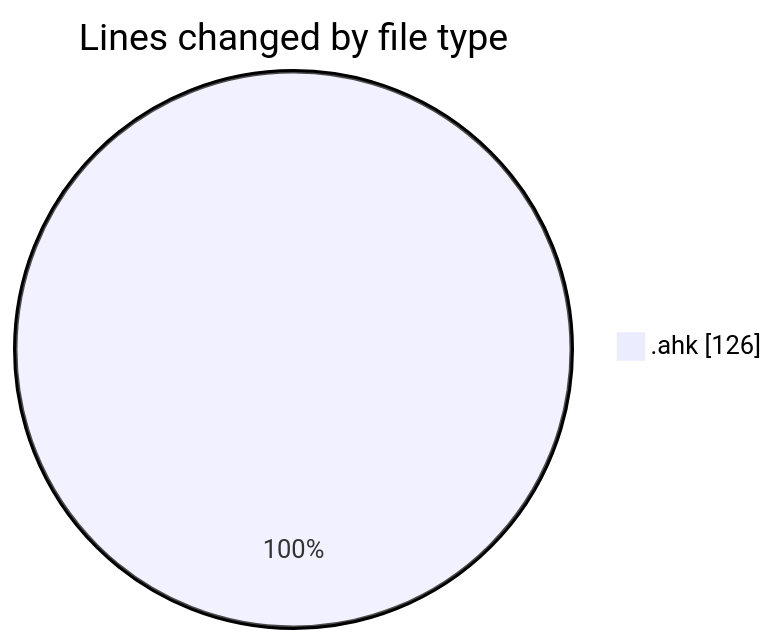
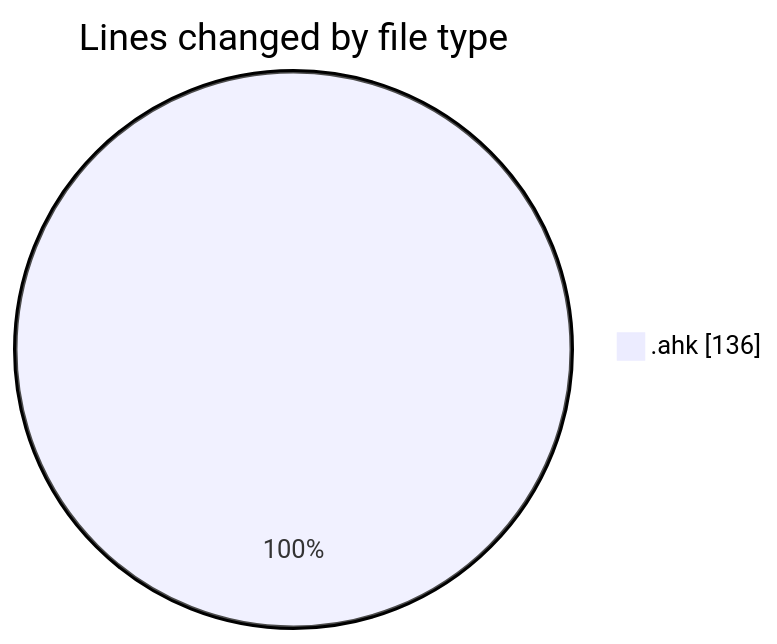
One commit to Ritupan-Deka/code-tracking changed the first of 2 diagrams in 2025-01-25/desktop/README.md. Above: the diagram before and after it, drawn with Mermaid. The commit also changed other lines of this file and 1 other file, not shown here.

````diff
--- a/2025-01-25/desktop/README.md
+++ b/2025-01-25/desktop/README.md
@@ -20,5 +20,5 @@
 ```mermaid
 pie showData
 title Lines changed by file type
-".ahk" : 126
+".ahk" : 136
 ```
````
